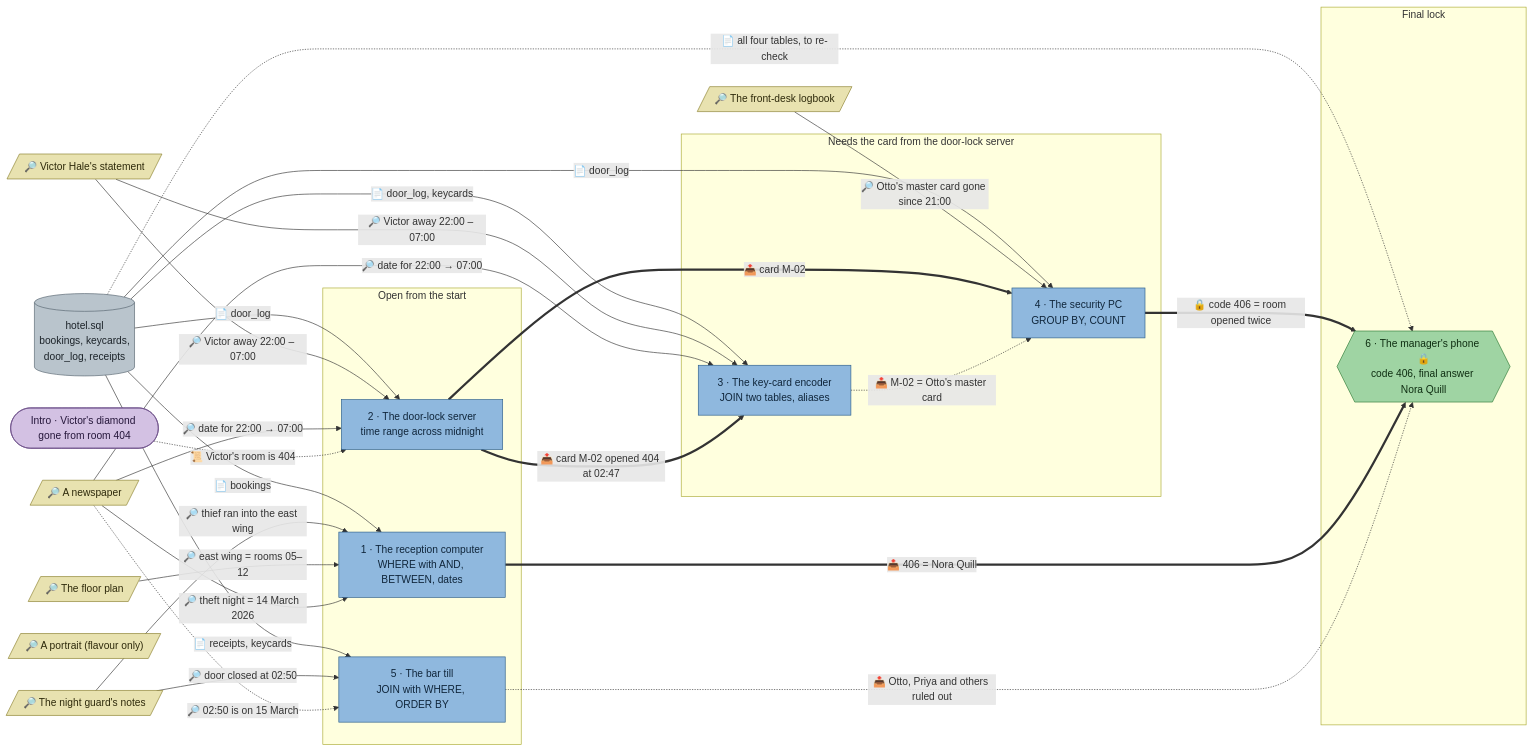
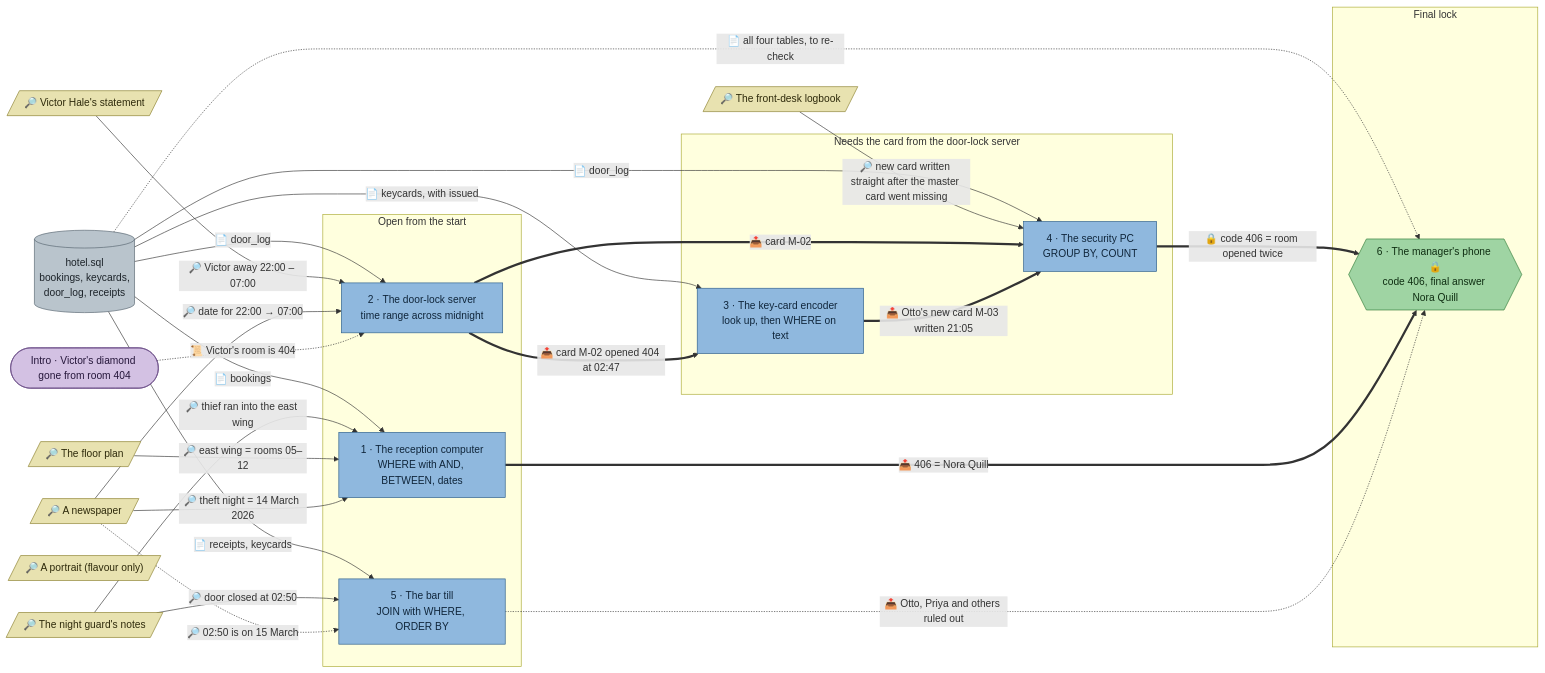
One commit to mhoffmann-wbs/DataScienceEscapeRooms changed the diagram in docs/flows/sql-hotel.md. Above: the diagram before and after it, drawn with Mermaid. The commit also changed other lines of this file and 6 other files, not shown here.

````diff
--- a/docs/flows/sql-hotel.md
+++ b/docs/flows/sql-hotel.md
@@ -5,67 +5,65 @@
 ```mermaid
 flowchart LR
   intro(["Intro · Victor's diamond gone from room 404"])
 
   newspaper[/"🔎 A newspaper"/]
   floorplan[/"🔎 The floor plan"/]
   statement[/"🔎 Victor Hale's statement"/]
   logbook[/"🔎 The front-desk logbook"/]
   guard[/"🔎 The night guard's notes"/]
   painting[/"🔎 A portrait (flavour only)"/]
 
   d_hotel[("hotel.sql<br/>bookings, keycards,<br/>door_log, receipts")]
 
   subgraph p1["Open from the start"]
     reception["1 · The reception computer<br/>WHERE with AND, BETWEEN, dates"]
     doorlog["2 · The door-lock server<br/>time range across midnight"]
     alibis["5 · The bar till<br/>JOIN with WHERE, ORDER BY"]
   end
 
   subgraph p2["Needs the card from the door-lock server"]
-    cardholders["3 · The key-card encoder<br/>JOIN two tables, aliases"]
+    cardholders["3 · The key-card encoder<br/>look up, then WHERE on text"]
     mastercard["4 · The security PC<br/>GROUP BY, COUNT"]
   end
 
   subgraph p3["Final lock"]
     accusation{{"6 · The manager's phone 🔒<br/>code 406, final answer Nora Quill"}}
   end
 
   d_hotel -->|"📄 bookings"| reception
   d_hotel -->|"📄 door_log"| doorlog
-  d_hotel -->|"📄 door_log, keycards"| cardholders
+  d_hotel -->|"📄 keycards, with issued"| cardholders
   d_hotel -->|"📄 door_log"| mastercard
   d_hotel -->|"📄 receipts, keycards"| alibis
   d_hotel -.->|"📄 all four tables, to re-check"| accusation
 
   guard -->|"🔎 thief ran into the east wing"| reception
   floorplan -->|"🔎 east wing = rooms 05–12"| reception
   newspaper -->|"🔎 theft night = 14 March 2026"| reception
   statement -->|"🔎 Victor away 22:00 – 07:00"| doorlog
   newspaper -->|"🔎 date for 22:00 → 07:00"| doorlog
-  statement -->|"🔎 Victor away 22:00 – 07:00"| cardholders
-  newspaper -->|"🔎 date for 22:00 → 07:00"| cardholders
-  logbook -->|"🔎 Otto's master card gone since 21:00"| mastercard
+  logbook -->|"🔎 new card written straight after the master card went missing"| mastercard
   guard -->|"🔎 door closed at 02:50"| alibis
   newspaper -.->|"🔎 02:50 is on 15 March"| alibis
   intro -.->|"📜 Victor's room is 404"| doorlog
 
   doorlog ==>|"📤 card M-02 opened 404 at 02:47"| cardholders
   doorlog ==>|"📤 card M-02"| mastercard
-  cardholders -.->|"📤 M-02 = Otto's master card"| mastercard
+  cardholders ==>|"📤 Otto's new card M-03 written 21:05"| mastercard
 
   mastercard ==>|"🔒 code 406 = room opened twice"| accusation
   reception ==>|"📤 406 = Nora Quill"| accusation
   alibis -.->|"📤 Otto, Priya and others ruled out"| accusation
 
   classDef station fill:#8fb8de,stroke:#2b5d8a,color:#10263b
   classDef locked fill:#e0b36a,stroke:#8a5a12,color:#3a2504
   classDef clue fill:#e8e2b0,stroke:#8a7f2b,color:#2e2a0b
   classDef data fill:#b9c4cc,stroke:#55636e,color:#1c2329
   classDef final fill:#9fd4a3,stroke:#2f7a36,color:#0f2e12
   classDef intro fill:#d3c1e3,stroke:#6a4c86,color:#25163a
   class reception,doorlog,alibis,cardholders,mastercard station
   class newspaper,floorplan,statement,logbook,guard,painting clue
   class d_hotel data
   class accusation final
   class intro intro
 ```
````
